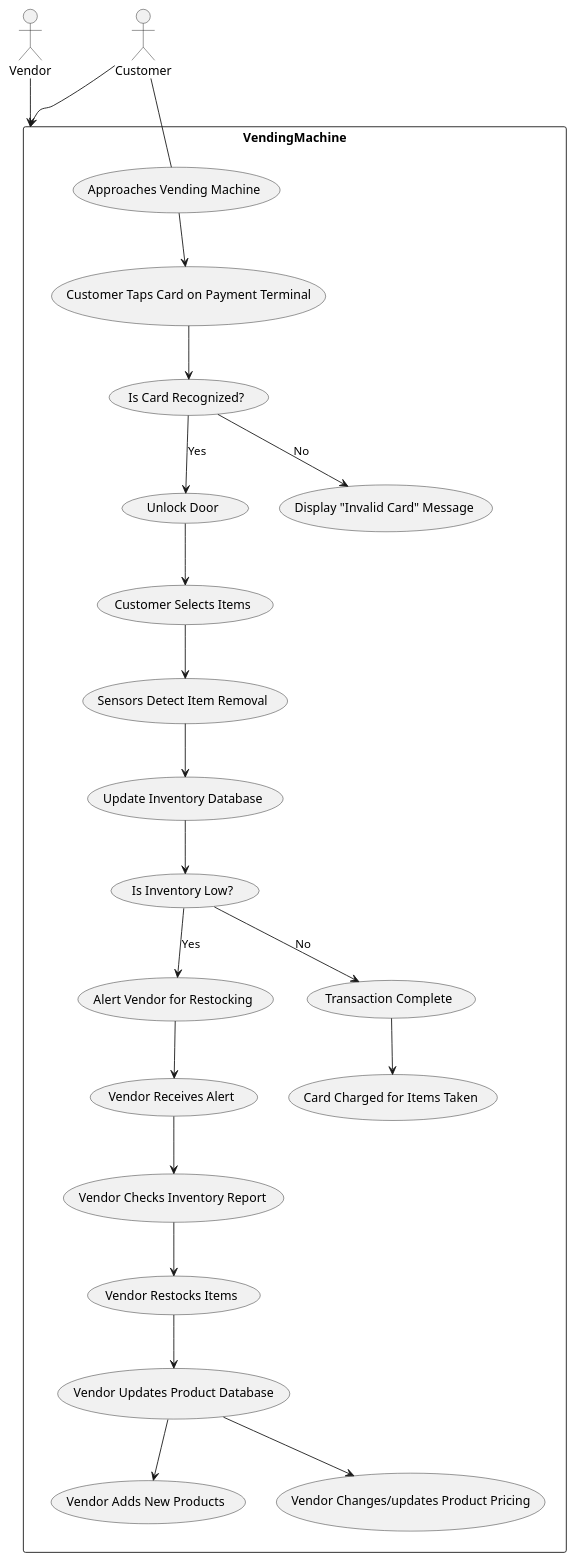
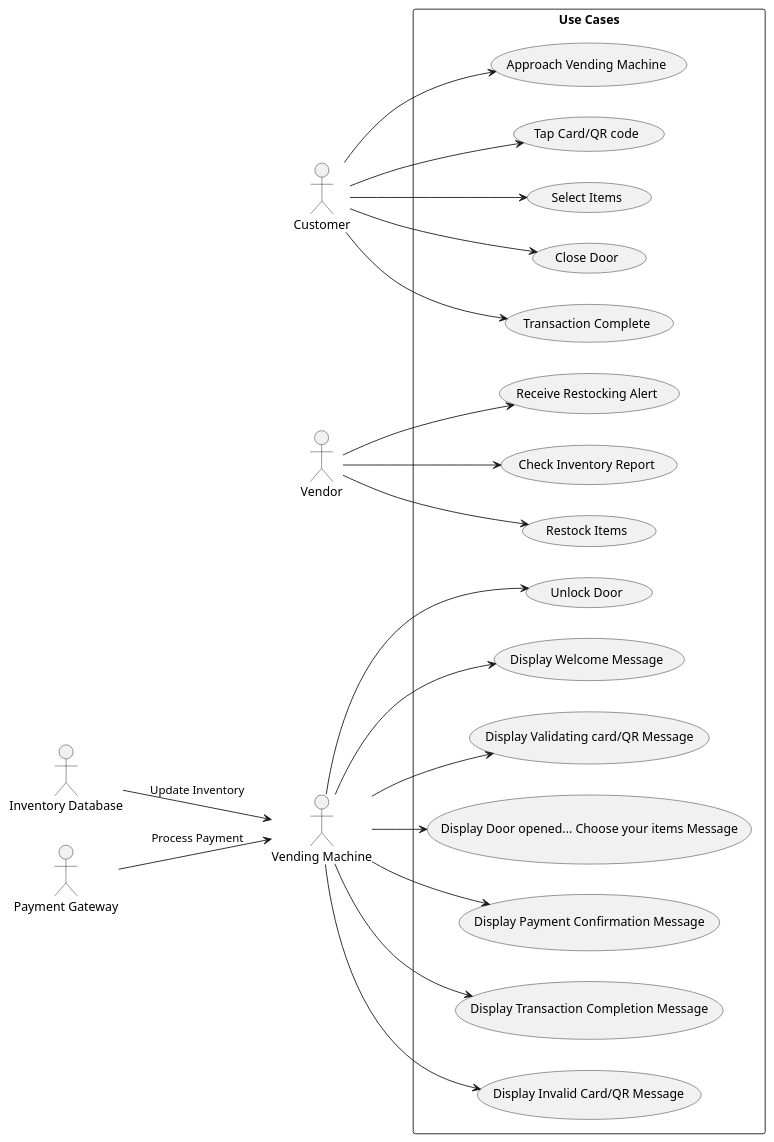
One commit to Erkesto/practice changed the diagram in plantUML/vending_machine_use_case.puml. Above: the diagram before and after it, drawn with PlantUML. The commit also changed 15 other files, not shown here.

```diff
--- a/plantUML/vending_machine_use_case.puml
+++ b/plantUML/vending_machine_use_case.puml
@@ -1,26 +1,32 @@
-@startuml vm
+@startuml useCase
+left to right direction
+
 actor Customer
 actor Vendor
-rectangle VendingMachine {
-    Customer -- (Approaches Vending Machine)
-    (Approaches Vending Machine) --> (Customer Taps Card on Payment Terminal)
-    (Customer Taps Card on Payment Terminal) --> (Is Card Recognized?)
-    (Is Card Recognized?) --> (Unlock Door) : Yes
-    (Is Card Recognized?) --> (Display "Invalid Card" Message) : No
-    (Unlock Door) --> (Customer Selects Items)
-    (Customer Selects Items) --> (Sensors Detect Item Removal)
-    (Sensors Detect Item Removal) --> (Update Inventory Database)
-    (Update Inventory Database) --> (Is Inventory Low?)
-    (Is Inventory Low?) --> (Alert Vendor for Restocking) : Yes
-    (Is Inventory Low?) --> (Transaction Complete) : No
-    (Alert Vendor for Restocking) --> (Vendor Receives Alert)
-    (Vendor Receives Alert) --> (Vendor Checks Inventory Report)
-    (Vendor Checks Inventory Report) --> (Vendor Restocks Items)
-    (Vendor Restocks Items) --> (Vendor Updates Product Database)
-    (Vendor Updates Product Database) --> (Vendor Adds New Products)
-    (Vendor Updates Product Database) --> (Vendor Changes/updates Product Pricing)
-    (Transaction Complete) --> (Card Charged for Items Taken)
+actor "Vending Machine" as VM
+actor "Inventory Database" as DB
+actor "Payment Gateway" as PG
+
+rectangle "Use Cases" {
+    Customer --> (Approach Vending Machine)
+    Customer --> (Tap Card/QR code)
+    Customer --> (Select Items)
+    Customer --> (Close Door)
+    Customer --> (Transaction Complete)
+
+    Vendor --> (Receive Restocking Alert)
+    Vendor --> (Check Inventory Report)
+    Vendor --> (Restock Items)
+    
+    VM --> (Unlock Door)
+    VM --> (Display Welcome Message)
+    VM --> (Display Validating card/QR Message)
+    VM --> (Display Door opened... Choose your items Message)
+    VM --> (Display Payment Confirmation Message)
+    VM --> (Display Transaction Completion Message)
+    VM --> (Display Invalid Card/QR Message)
 }
-Customer --> VendingMachine
-Vendor --> VendingMachine
+
+DB --> VM: Update Inventory
+PG --> VM: Process Payment
 @enduml
```
